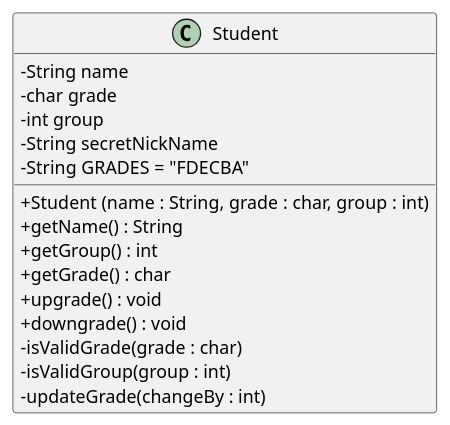
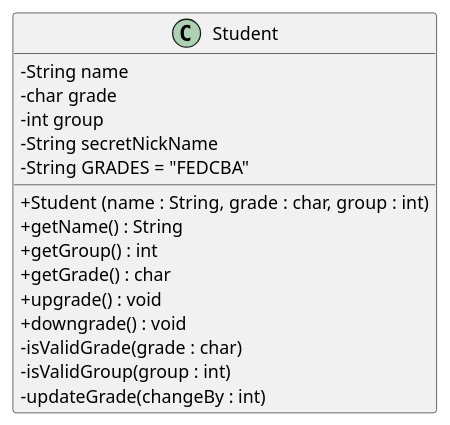
One commit to probert999/StudentClassDiagram changed the diagram in uml/Student.puml. Above: the diagram before and after it, drawn with PlantUML. The commit also changed 3 other files, not shown here.

```diff
--- a/uml/Student.puml
+++ b/uml/Student.puml
@@ -1,21 +1,21 @@
 @startuml
 skinparam classAttributeIconSize 0
 class Student  {
   - String name
   - char grade
   - int group
   - String secretNickName
-  - String GRADES = "FDECBA"
+  - String GRADES = "FEDCBA"
 
   + Student (name : String, grade : char, group : int)
   + getName() : String
   + getGroup() : int
   + getGrade() : char
   + upgrade() : void
   + downgrade() : void
   - isValidGrade(grade : char)
   - isValidGroup(group : int)
   - updateGrade(changeBy : int)
 
 }
 @enduml
```
